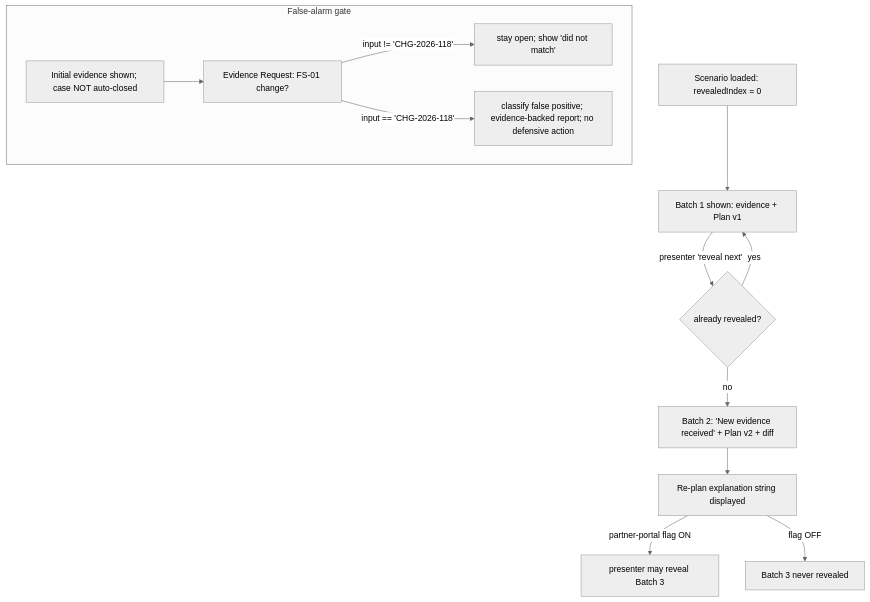
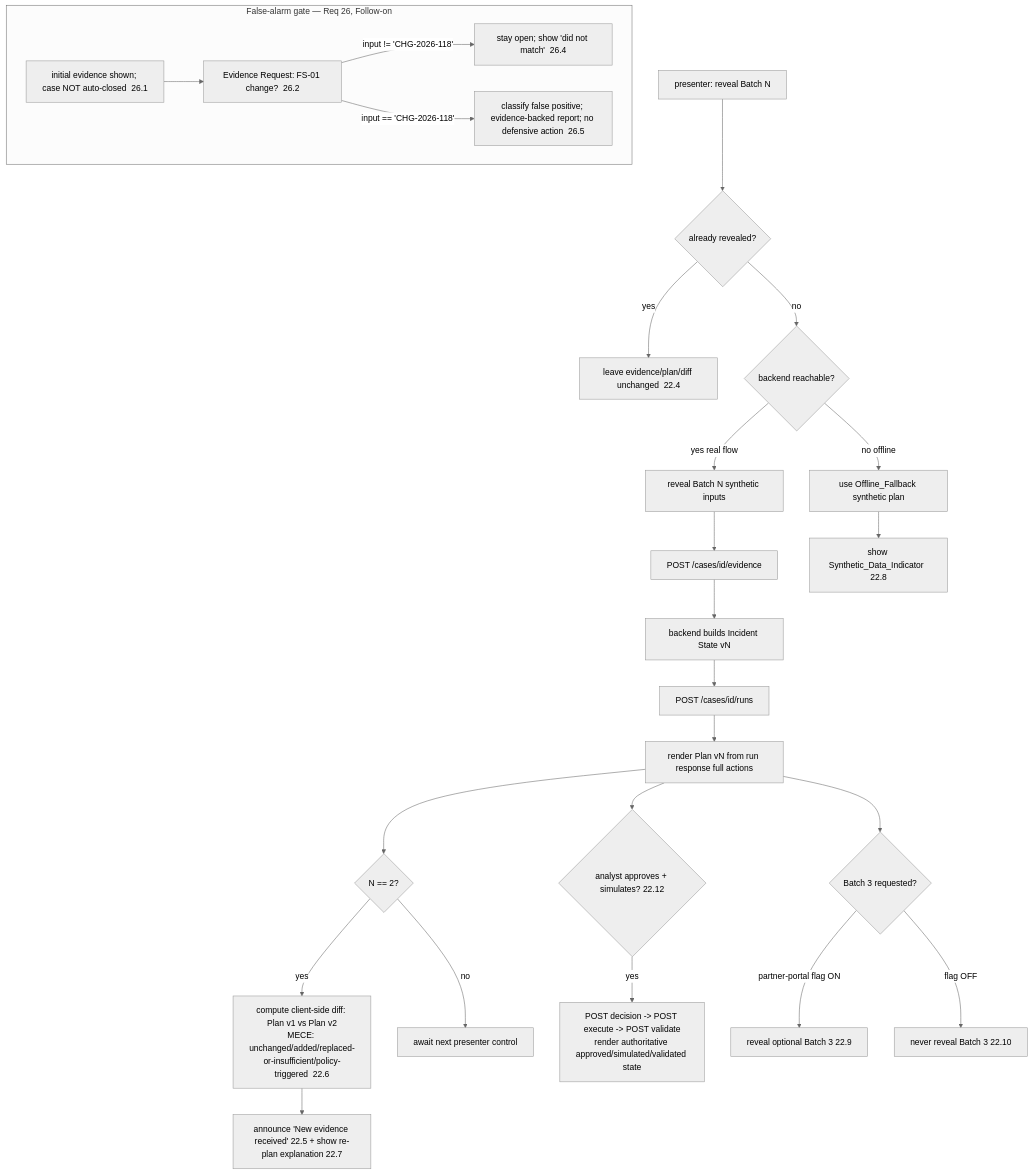
The fourth of 4 diagrams in .kiro/specs/caventas-ia-progressive-disclosure/design.md (fieqah-faisal/hackai-caventas-apu), drawn with Mermaid (neutral theme) before and after one commit. The commit also changed other lines of this file and 2 other files, not shown here.

````diff
--- a/.kiro/specs/caventas-ia-progressive-disclosure/design.md
+++ b/.kiro/specs/caventas-ia-progressive-disclosure/design.md
@@ -185,15 +595,27 @@
 ```mermaid
 flowchart TD
-  A[Scenario loaded: revealedIndex = 0] --> B[Batch 1 shown: evidence + Plan v1]
-  B -->|presenter 'reveal next'| C{already revealed?}
-  C -->|yes| B
-  C -->|no| D[Batch 2: 'New evidence received' + Plan v2 + diff]
-  D --> E[Re-plan explanation string displayed]
-  E -->|partner-portal flag ON| F[presenter may reveal Batch 3]
-  E -->|flag OFF| G[Batch 3 never revealed]
-  subgraph FalseAlarm[False-alarm gate]
-    H[Initial evidence shown; case NOT auto-closed] --> I[Evidence Request: FS-01 change?]
-    I -->|input != 'CHG-2026-118'| I2[stay open; show 'did not match']
-    I -->|input == 'CHG-2026-118'| J[classify false positive; evidence-backed report; no defensive action]
+  A[presenter: reveal Batch N] --> Z{already revealed?}
+  Z -->|yes| A2[leave evidence/plan/diff unchanged  22.4]
+  Z -->|no| B{backend reachable?}
+  B -->|yes real flow| C[reveal Batch N synthetic inputs]
+  C --> D[POST /cases/id/evidence]
+  D --> E[backend builds Incident State vN]
+  E --> F[POST /cases/id/runs]
+  F --> G[render Plan vN from run response full actions]
+  G --> H{N == 2?}
+  H -->|yes| I[compute client-side diff: Plan v1 vs Plan v2\nMECE: unchanged/added/replaced-or-insufficient/policy-triggered  22.6]
+  I --> J[announce 'New evidence received' 22.5 + show re-plan explanation 22.7]
+  H -->|no| K[await next presenter control]
+  B -->|no offline| L[use Offline_Fallback synthetic plan]
+  L --> M[show Synthetic_Data_Indicator  22.8]
+  G --> AA{analyst approves + simulates? 22.12}
+  AA -->|yes| AB[POST decision -> POST execute -> POST validate\nrender authoritative approved/simulated/validated state]
+  G --> N{Batch 3 requested?}
+  N -->|partner-portal flag ON| O[reveal optional Batch 3  22.9]
+  N -->|flag OFF| P[never reveal Batch 3  22.10]
+  subgraph FalseAlarm["False-alarm gate — Req 26, Follow-on"]
+    Q[initial evidence shown; case NOT auto-closed  26.1] --> R[Evidence Request: FS-01 change?  26.2]
+    R -->|input != 'CHG-2026-118'| R2[stay open; show 'did not match'  26.4]
+    R -->|input == 'CHG-2026-118'| S2[classify false positive; evidence-backed report; no defensive action  26.5]
   end
 ```
````
